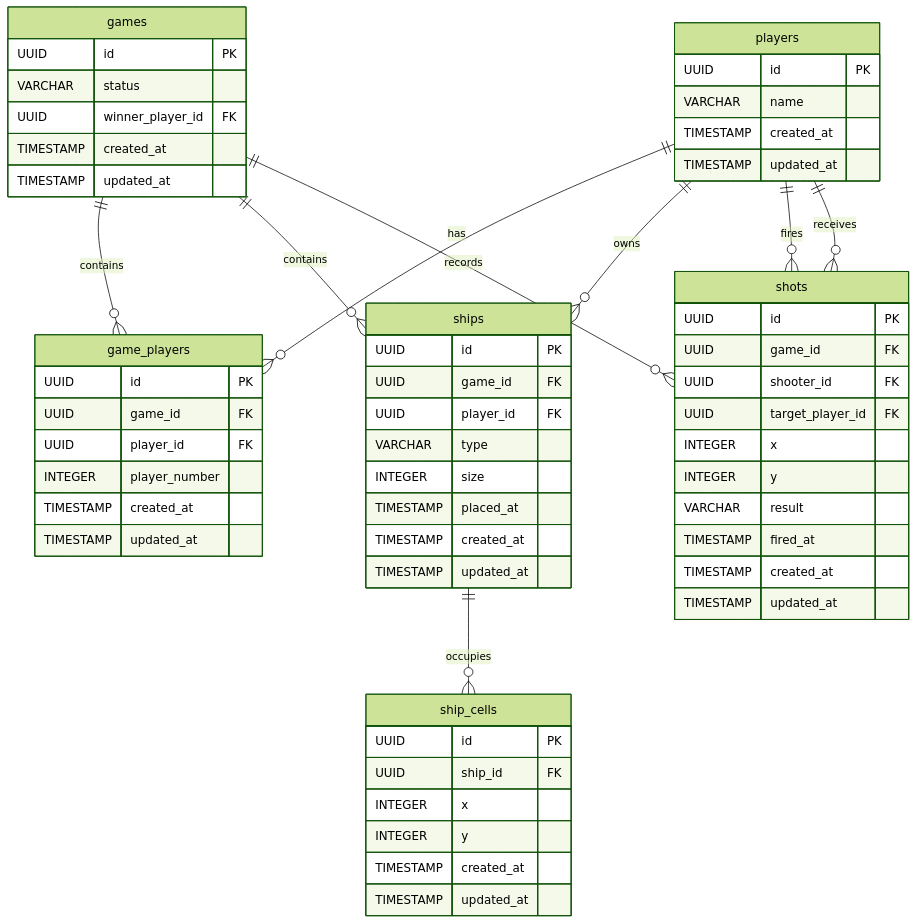
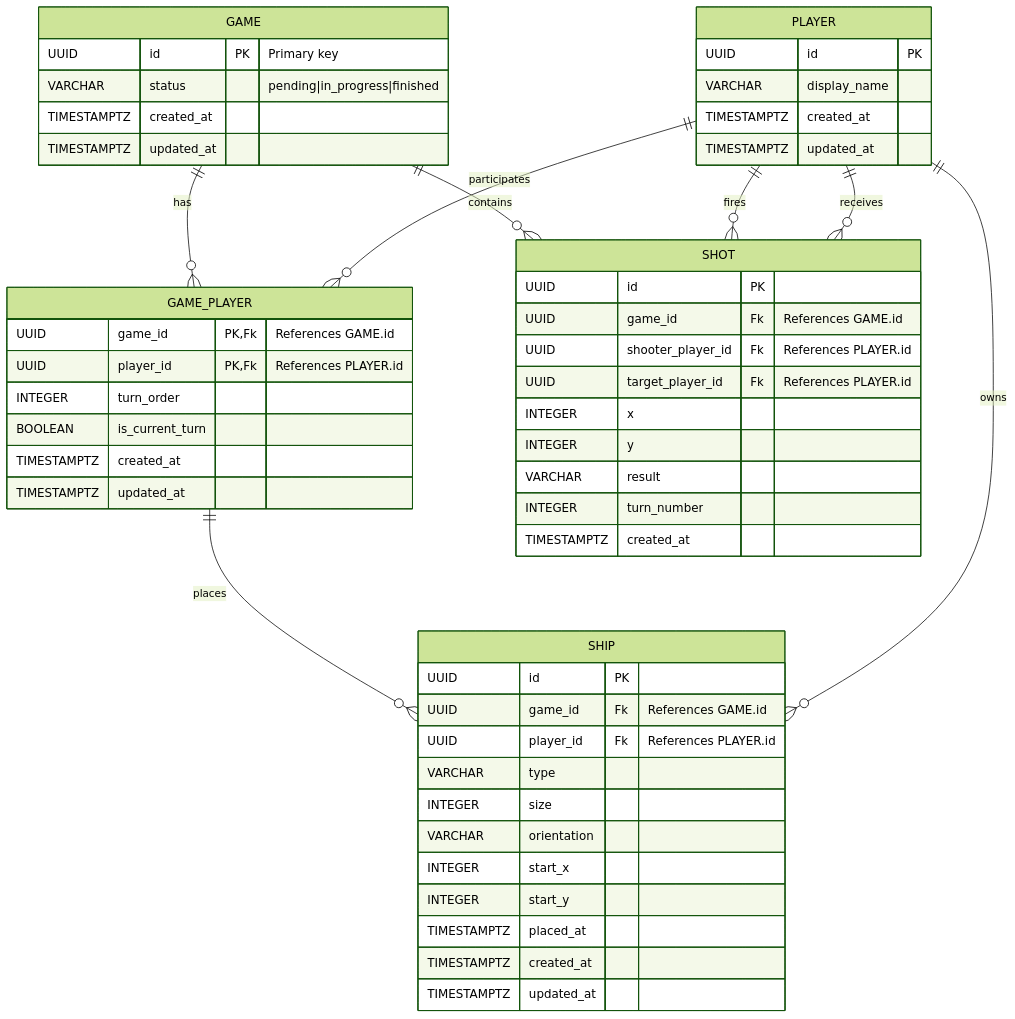
Before and after one commit to ErezKon/AgenticDevTeam: the diagram in docs/agents/dba-mission.md, drawn with Mermaid (forest theme). The commit also changed other lines of this file, not shown here.

Commit message:
chore: pipeline artifacts (pre-sync auto-commit)

````diff
--- a/docs/agents/dba-mission.md
+++ b/docs/agents/dba-mission.md
@@ -23,63 +22,55 @@
 ```mermaid
 erDiagram
-    players {
+    GAME {
+        UUID id PK "Primary key"
+        VARCHAR status "pending|in_progress|finished"
+        TIMESTAMPTZ created_at
+        TIMESTAMPTZ updated_at
+    }
+    PLAYER {
         UUID id PK
-        VARCHAR name
-        TIMESTAMP created_at
-        TIMESTAMP updated_at
+        VARCHAR display_name
+        TIMESTAMPTZ created_at
+        TIMESTAMPTZ updated_at
     }
-    games {
+    GAME_PLAYER {
+        UUID game_id PK,Fk "References GAME.id"
+        UUID player_id PK,Fk "References PLAYER.id"
+        INTEGER turn_order
+        BOOLEAN is_current_turn
+        TIMESTAMPTZ created_at
+        TIMESTAMPTZ updated_at
+    }
+    SHIP {
         UUID id PK
-        VARCHAR status
-        UUID winner_player_id FK
-        TIMESTAMP created_at
-        TIMESTAMP updated_at
-    }
-    game_players {
-        UUID id PK
-        UUID game_id FK
-        UUID player_id FK
-        INTEGER player_number
-        TIMESTAMP created_at
-        TIMESTAMP updated_at
-    }
-    ships {
-        UUID id PK
-        UUID game_id FK
-        UUID player_id FK
+        UUID game_id Fk "References GAME.id"
+        UUID player_id Fk "References PLAYER.id"
         VARCHAR type
         INTEGER size
-        TIMESTAMP placed_at
-        TIMESTAMP created_at
-        TIMESTAMP updated_at
+        VARCHAR orientation
+        INTEGER start_x
+        INTEGER start_y
+        TIMESTAMPTZ placed_at
+        TIMESTAMPTZ created_at
+        TIMESTAMPTZ updated_at
     }
-    ship_cells {
+    SHOT {
         UUID id PK
-        UUID ship_id FK
-        INTEGER x
-        INTEGER y
-        TIMESTAMP created_at
-        TIMESTAMP updated_at
-    }
-    shots {
-        UUID id PK
-        UUID game_id FK
-        UUID shooter_id FK
-        UUID target_player_id FK
+        UUID game_id Fk "References GAME.id"
+        UUID shooter_player_id Fk "References PLAYER.id"
+        UUID target_player_id Fk "References PLAYER.id"
         INTEGER x
         INTEGER y
         VARCHAR result
-        TIMESTAMP fired_at
-        TIMESTAMP created_at
-        TIMESTAMP updated_at
+        INTEGER turn_number
+        TIMESTAMPTZ created_at
     }
-    players ||--o{ game_players : "has"
-    games ||--o{ game_players : "contains"
-    games ||--o{ ships : "contains"
-    players ||--o{ ships : "owns"
-    ships ||--o{ ship_cells : "occupies"
-    games ||--o{ shots : "records"
-    players ||--o{ shots : "fires"
-    players ||--o{ shots : "receives"
+    GAME ||--o{ GAME_PLAYER : "has"
+    PLAYER ||--o{ GAME_PLAYER : "participates"
+    GAME_PLAYER ||--o{ SHIP : "places"
+    PLAYER ||--o{ SHIP : "owns"
+    GAME ||--o{ SHOT : "contains"
+    PLAYER ||--o{ SHOT : "fires"
+    PLAYER ||--o{ SHOT : "receives"
 
 ```
````
